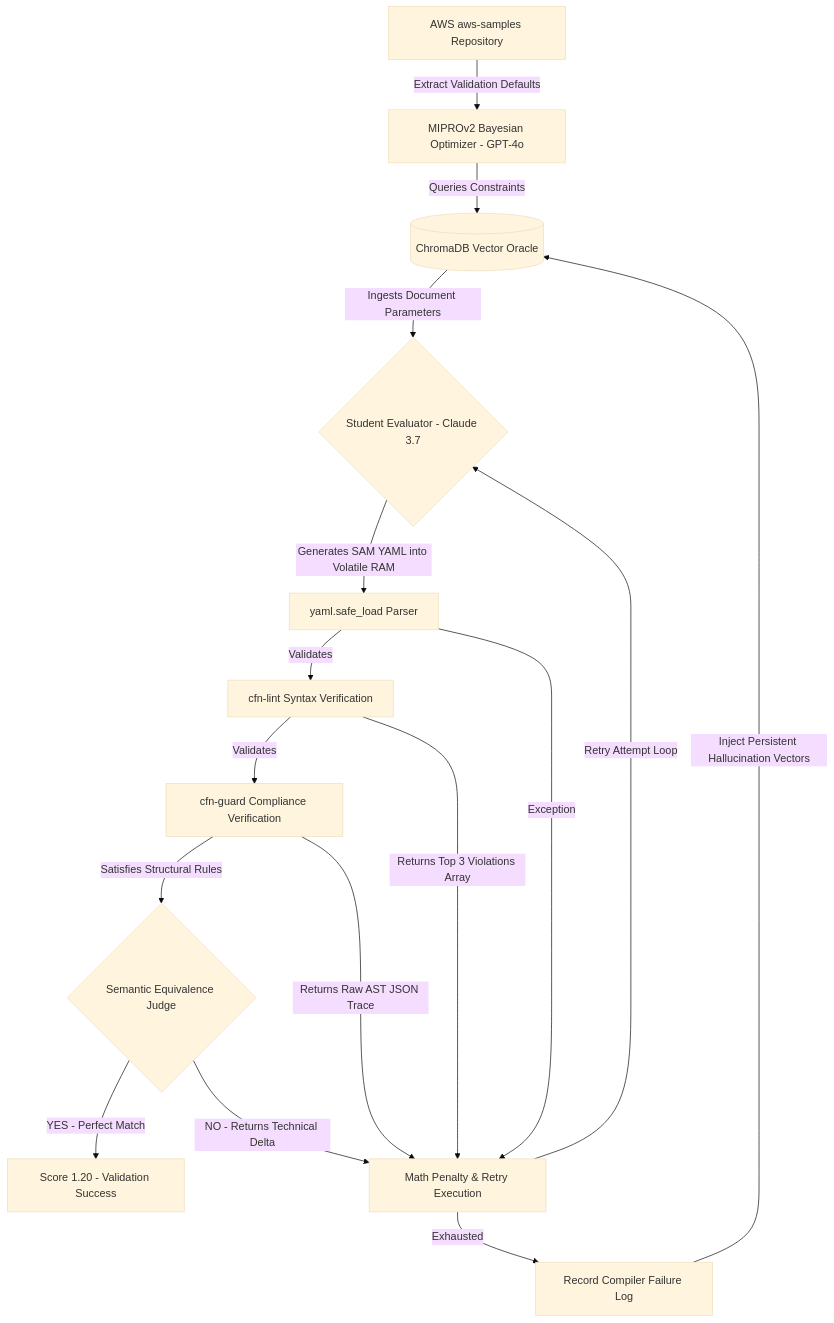
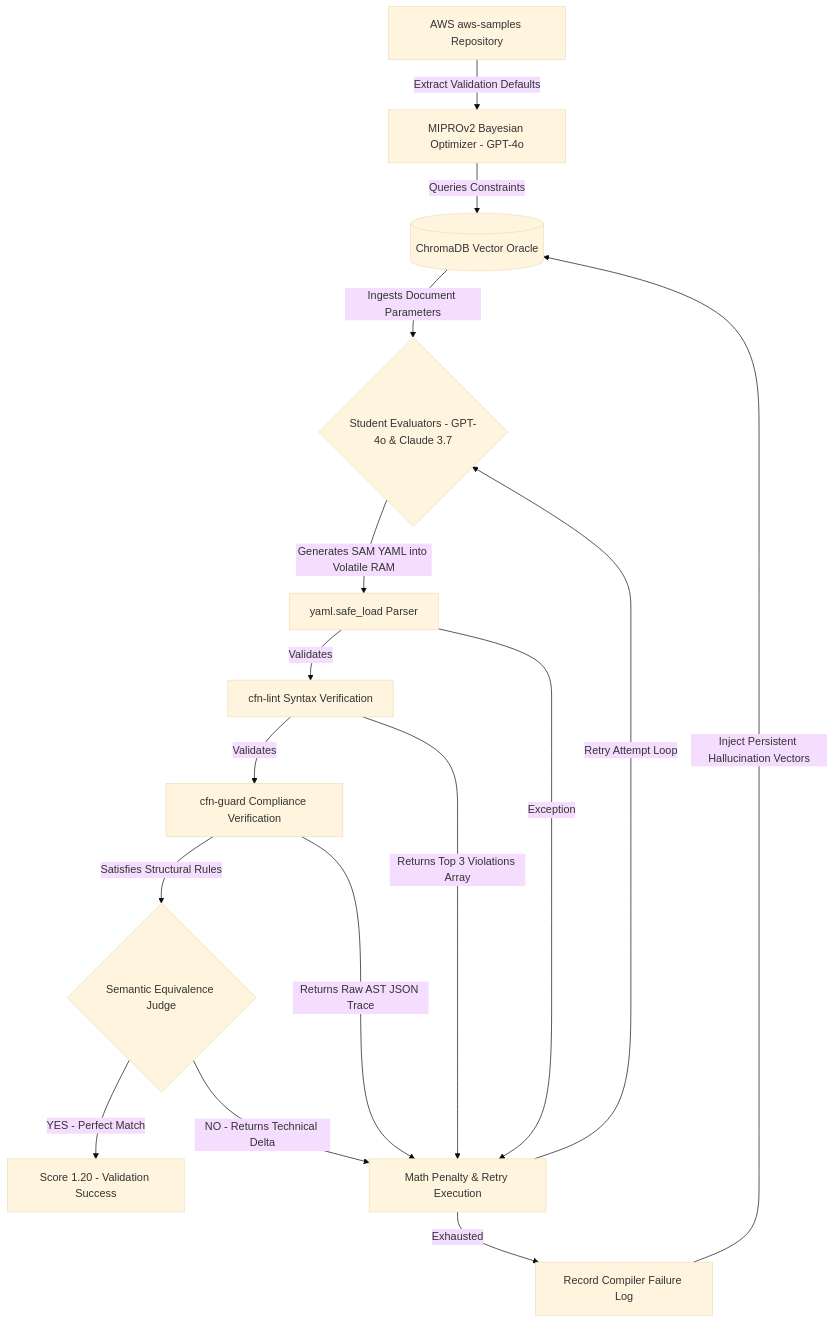
Before and after one commit to vjb/iac-self-healer: the diagram in README.md, drawn with Mermaid (base theme).

Commit message:
docs: Correct architectural flowchart parameter to reflect dual-model evaluation matrix

````diff
--- a/README.md
+++ b/README.md
@@ -7,23 +7,23 @@
 ```mermaid
 graph TD
     Z["AWS aws-samples Repository"] -->|Extract Validation Defaults| A
     A["MIPROv2 Bayesian Optimizer - GPT-4o"] -->|Queries Constraints| B[(ChromaDB Vector Oracle)]
-    B -->|Ingests Document Parameters| C{"Student Evaluator - Claude 3.7"}
+    B -->|Ingests Document Parameters| C{"Student Evaluators - GPT-4o & Claude 3.7"}
     
     C -->|Generates SAM YAML into Volatile RAM| D["yaml.safe_load Parser"]
     D -->|Validates| E["cfn-lint Syntax Verification"]
     E -->|Validates| F["cfn-guard Compliance Verification"]
     
     F -->|Satisfies Structural Rules| G{"Semantic Equivalence Judge"}
     G -->|YES - Perfect Match| H["Score 1.20 - Validation Success"]
     
     %% Information Feedback Loops
     D -->|Exception| J["Math Penalty & Retry Execution"]
     E -->|Returns Top 3 Violations Array| J
     F -->|Returns Raw AST JSON Trace| J
     G -->|NO - Returns Technical Delta| J
     
     J -->|Retry Attempt Loop| C
     J -->|Exhausted| K["Record Compiler Failure Log"]
     K -->|Inject Persistent Hallucination Vectors| B
 ```
````
